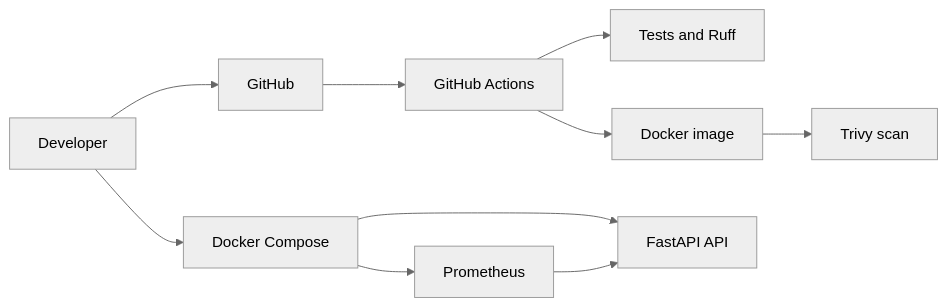
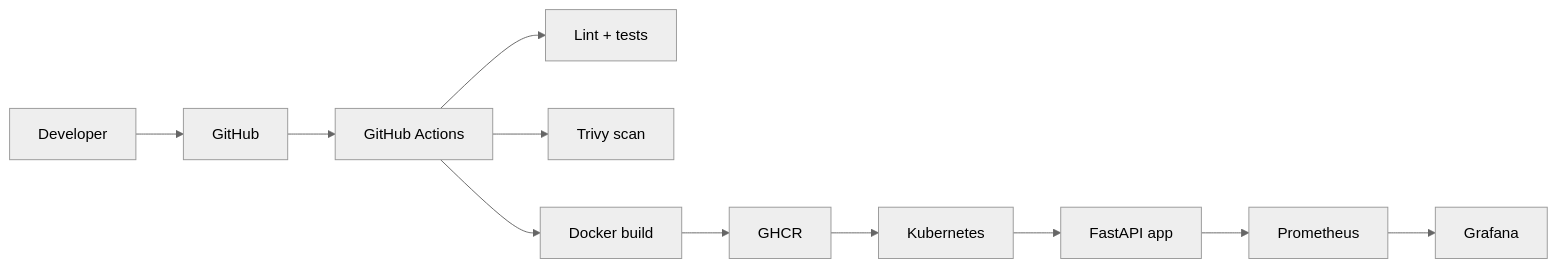
The diagram in README.md (diogo-baptista/cicd-k8s-project), drawn with Mermaid (neutral theme) before and after one commit. The commit also changed other lines of this file, not shown here.

````diff
--- a/README.md
+++ b/README.md
@@ -37,12 +44,13 @@
 ```mermaid
 flowchart LR
-    Developer --> GitHub
+    Dev[Developer] --> GitHub[GitHub]
     GitHub --> CI[GitHub Actions]
-    CI --> Tests[Tests and Ruff]
-    CI --> Image[Docker image]
-    Image --> Trivy[Trivy scan]
-    Developer --> Compose[Docker Compose]
-    Compose --> API[FastAPI API]
-    Compose --> Prometheus[Prometheus]
-    Prometheus --> API
+    CI --> Lint[Lint + tests]
+    CI --> Scan[Trivy scan]
+    CI --> Docker[Docker build]
+    Docker --> GHCR[GHCR]
+    GHCR --> K8s[Kubernetes]
+    K8s --> App[FastAPI app]
+    App --> Prometheus[Prometheus]
+    Prometheus --> Grafana[Grafana]
 ```
````
